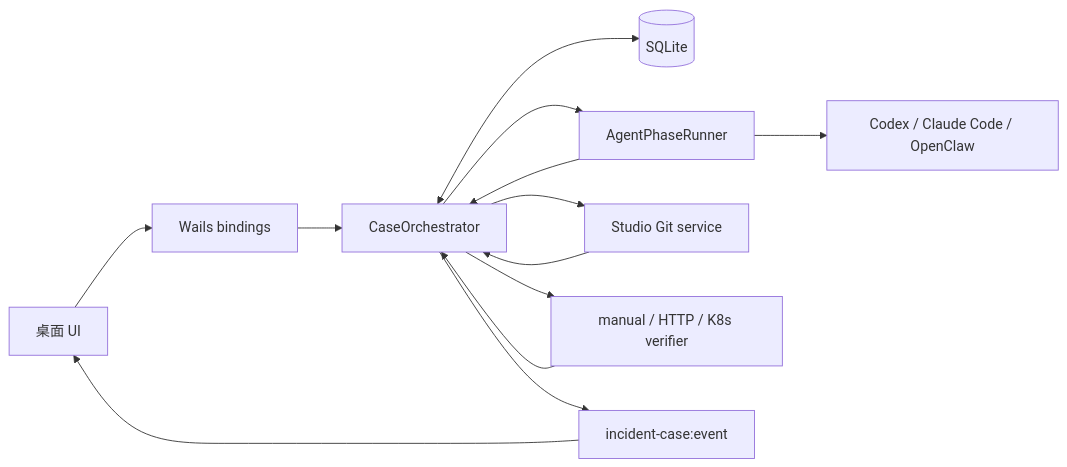
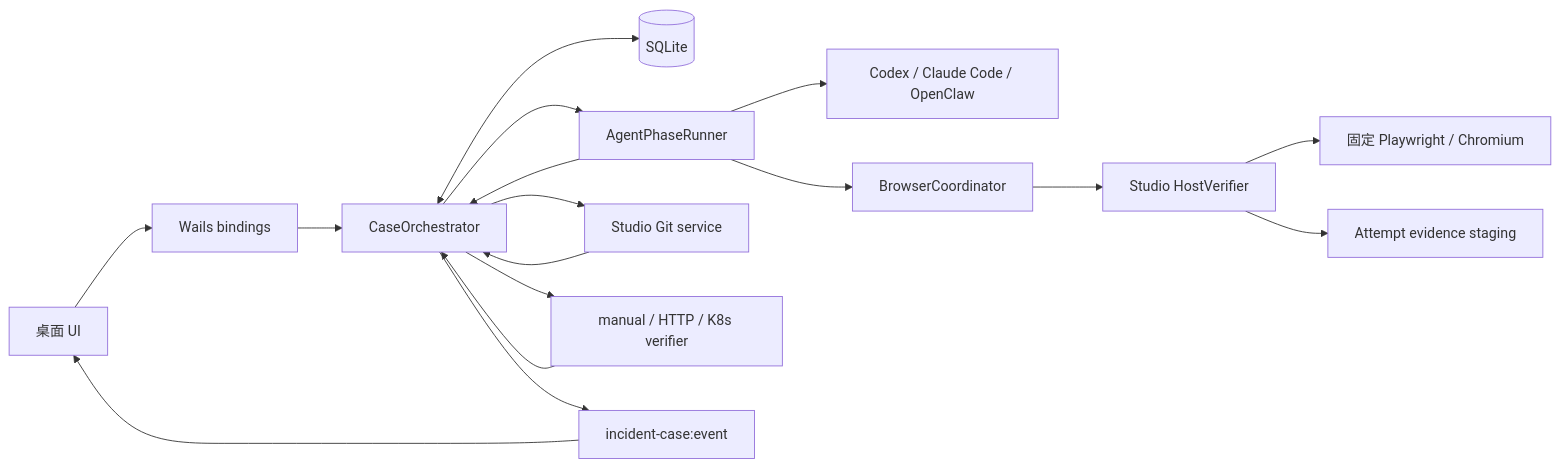
The first of 4 diagrams in docs/incident-workflow.md (452562082/troubleshooter-studio), drawn with Mermaid before and after one commit. The commit also changed other lines of this file and 7 other files, not shown here.

Commit message:
docs: define Studio-hosted browser validation workflow

````diff
--- a/docs/incident-workflow.md
+++ b/docs/incident-workflow.md
@@ -42,15 +43,19 @@
 ```mermaid
 flowchart LR
     UI[桌面 UI] --> Binding[Wails bindings]
     Binding --> Orchestrator[CaseOrchestrator]
     Orchestrator <--> DB[(SQLite)]
     Orchestrator --> Runner[AgentPhaseRunner]
     Runner --> Adapter[Codex / Claude Code / OpenClaw]
+    Runner --> Browser[BrowserCoordinator]
+    Browser --> HostVerifier[Studio HostVerifier]
+    HostVerifier --> Runtime[固定 Playwright / Chromium]
+    HostVerifier --> Staging[Attempt evidence staging]
     Orchestrator --> Git[Studio Git service]
     Orchestrator --> Verifier[manual / HTTP / K8s verifier]
     Runner --> Orchestrator
     Git --> Orchestrator
     Verifier --> Orchestrator
     Orchestrator --> Events[incident-case:event]
     Events --> UI
 ```
````
